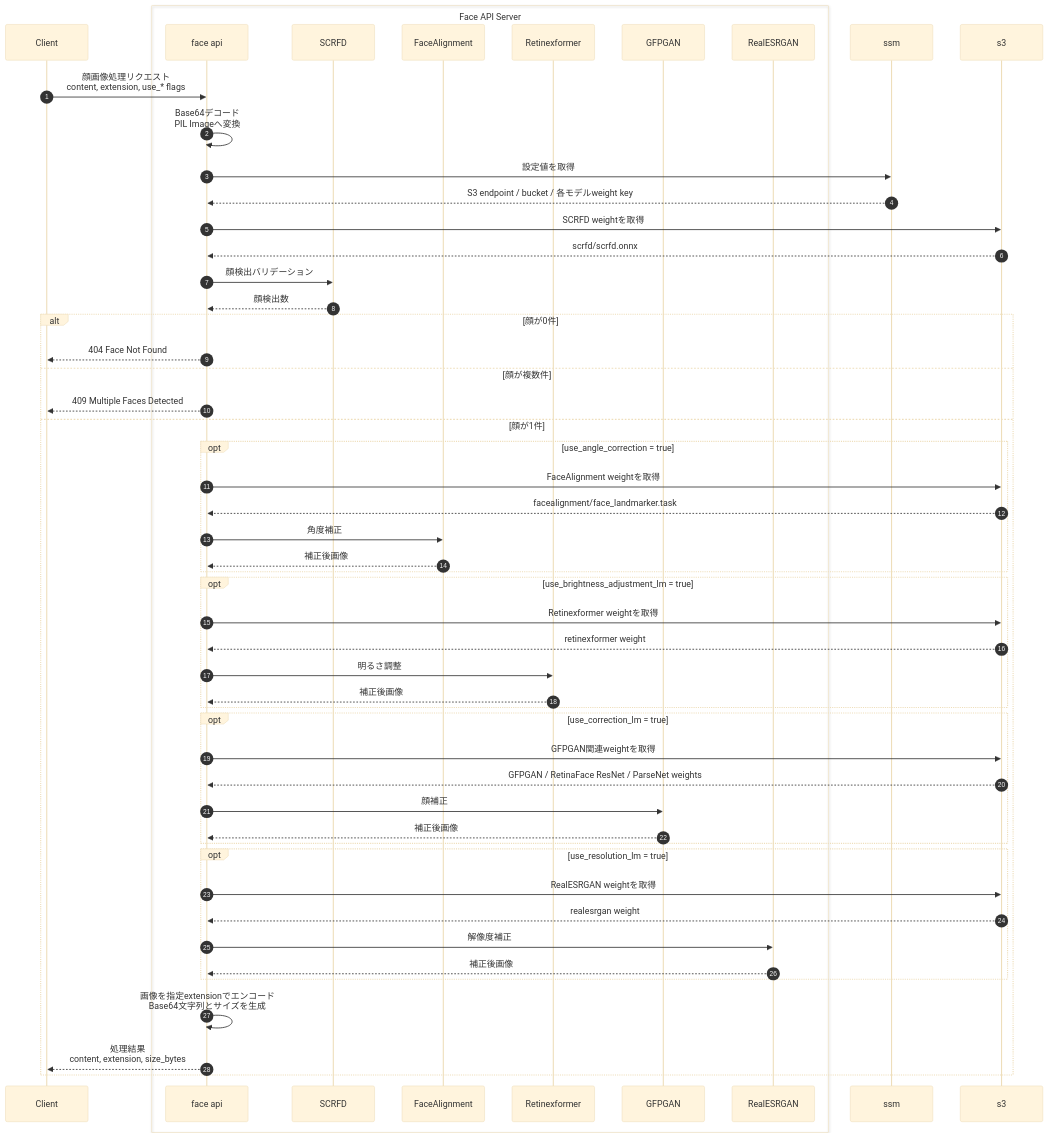
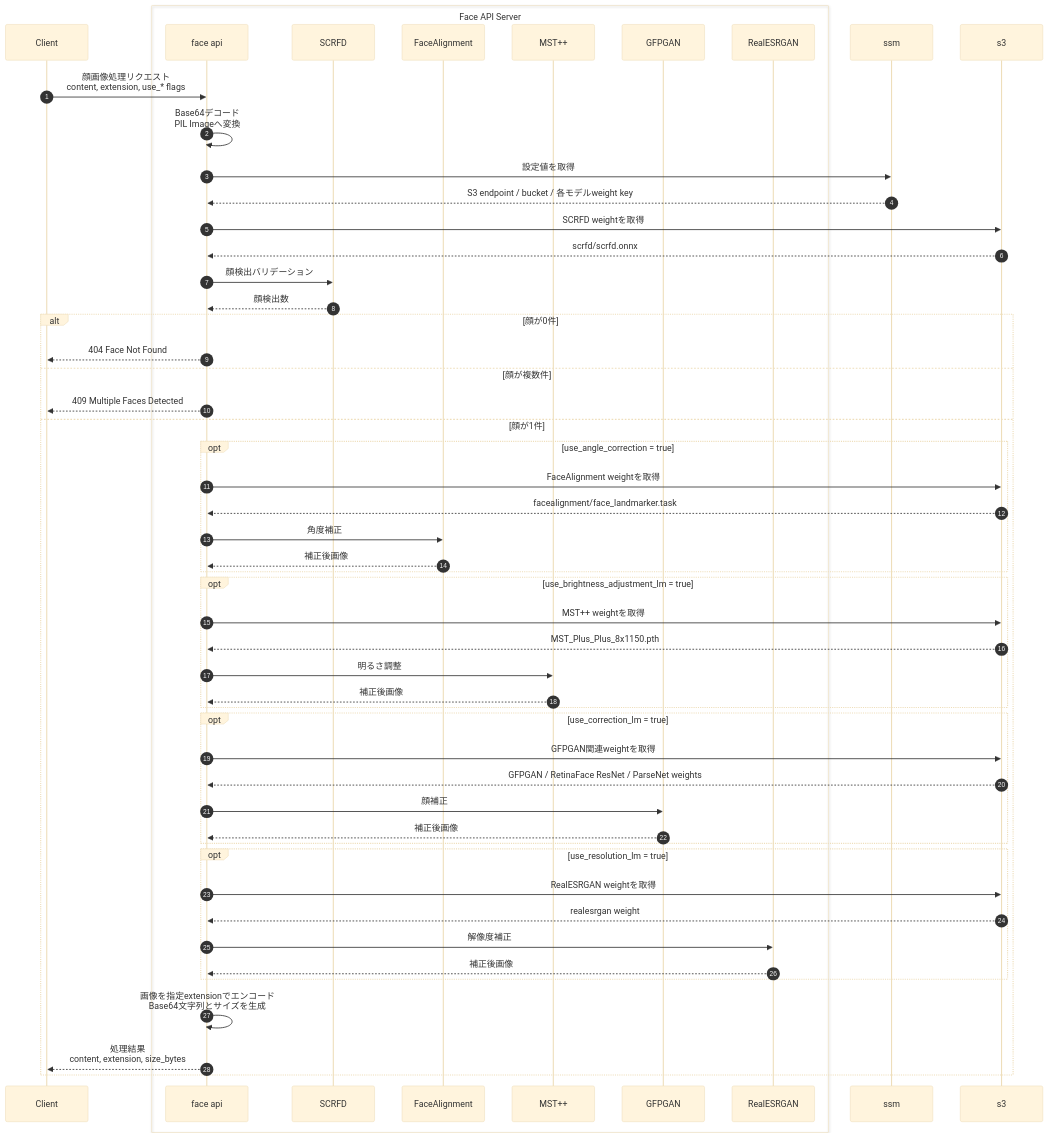
One commit to terao06/axis-article-3 changed the diagram in README.md. Above: the diagram before and after it, drawn with Mermaid (base theme). The commit also changed other lines of this file, not shown here.

````diff
--- a/README.md
+++ b/README.md
@@ -551,66 +546,66 @@
 ```mermaid
 sequenceDiagram
     autonumber
     participant Client as Client
 
     box Face API Server
         participant FaceAPI as face api
         participant SCRFD as SCRFD
         participant FaceAlignment as FaceAlignment
-        participant Retinexformer as Retinexformer
+        participant MSTPlusPlus as MST++
         participant GFPGAN as GFPGAN
         participant RealESRGAN as RealESRGAN
     end
 
     participant SSM as ssm
     participant S3 as s3
 
     Client->>FaceAPI: 顔画像処理リクエスト<br/>content, extension, use_* flags
     FaceAPI->>FaceAPI: Base64デコード<br/>PIL Imageへ変換
 
     FaceAPI->>SSM: 設定値を取得
     SSM-->>FaceAPI: S3 endpoint / bucket / 各モデルweight key
 
     FaceAPI->>S3: SCRFD weightを取得
     S3-->>FaceAPI: scrfd/scrfd.onnx
 
     FaceAPI->>SCRFD: 顔検出バリデーション
     SCRFD-->>FaceAPI: 顔検出数
 
     alt 顔が0件
         FaceAPI-->>Client: 404 Face Not Found
     else 顔が複数件
         FaceAPI-->>Client: 409 Multiple Faces Detected
     else 顔が1件
         opt use_angle_correction = true
             FaceAPI->>S3: FaceAlignment weightを取得
             S3-->>FaceAPI: facealignment/face_landmarker.task
             FaceAPI->>FaceAlignment: 角度補正
             FaceAlignment-->>FaceAPI: 補正後画像
         end
 
         opt use_brightness_adjustment_lm = true
-            FaceAPI->>S3: Retinexformer weightを取得
-            S3-->>FaceAPI: retinexformer weight
-            FaceAPI->>Retinexformer: 明るさ調整
-            Retinexformer-->>FaceAPI: 補正後画像
+            FaceAPI->>S3: MST++ weightを取得
+            S3-->>FaceAPI: MST_Plus_Plus_8x1150.pth
+            FaceAPI->>MSTPlusPlus: 明るさ調整
+            MSTPlusPlus-->>FaceAPI: 補正後画像
         end
 
         opt use_correction_lm = true
             FaceAPI->>S3: GFPGAN関連weightを取得
             S3-->>FaceAPI: GFPGAN / RetinaFace ResNet / ParseNet weights
             FaceAPI->>GFPGAN: 顔補正
             GFPGAN-->>FaceAPI: 補正後画像
         end
 
         opt use_resolution_lm = true
             FaceAPI->>S3: RealESRGAN weightを取得
             S3-->>FaceAPI: realesrgan weight
             FaceAPI->>RealESRGAN: 解像度補正
             RealESRGAN-->>FaceAPI: 補正後画像
         end
 
         FaceAPI->>FaceAPI: 画像を指定extensionでエンコード<br/>Base64文字列とサイズを生成
         FaceAPI-->>Client: 処理結果<br/>content, extension, size_bytes
     end
 ```
````
